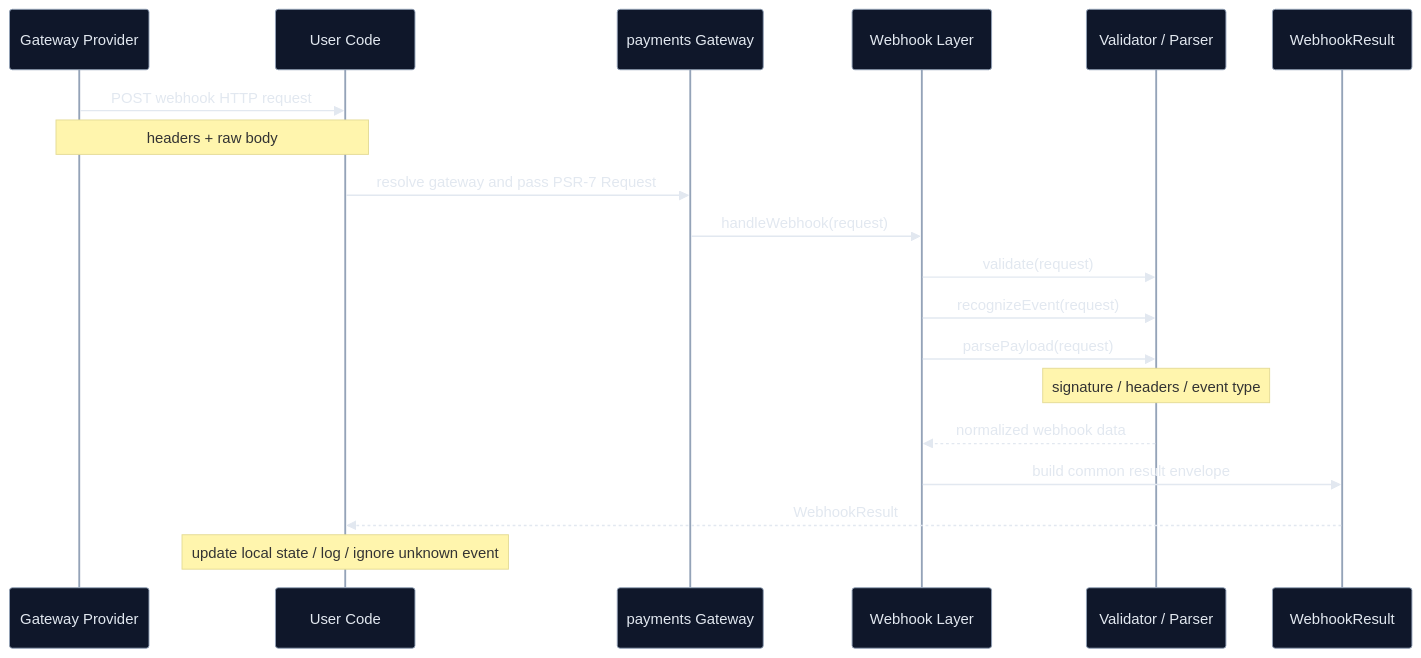
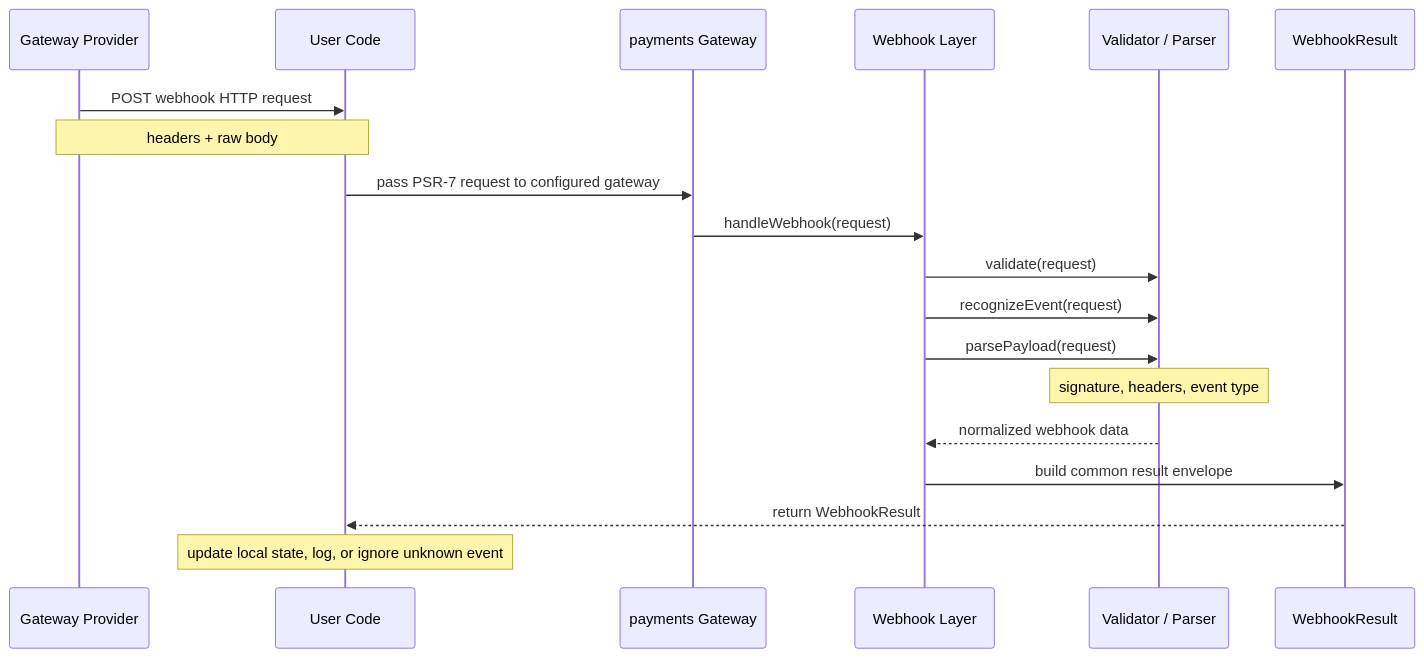
One commit to yiisoft/payments changed the second of 2 diagrams in README.md. Above: the diagram before and after it, drawn with Mermaid. The commit also changed other lines of this file, not shown here.

````diff
--- a/README.md
+++ b/README.md
@@ -749,34 +749,22 @@
 ```mermaid
-%%{init: {"theme":"base","themeVariables": {
-  "background":"transparent",
-  "fontFamily":"ui-sans-serif, system-ui, -apple-system, Segoe UI, Roboto, Arial, sans-serif",
-  "primaryColor":"#0f172a",
-  "primaryTextColor":"#e2e8f0",
-  "primaryBorderColor":"#94a3b8",
-  "lineColor":"#94a3b8",
-  "secondaryColor":"#052e16",
-  "tertiaryColor":"#1e293b",
-  "clusterBkg":"#0b1220",
-  "clusterBorder":"#334155"
-}}}%%
 sequenceDiagram
     participant GP as Gateway Provider
     participant UC as User Code
     participant PG as payments Gateway
     participant WL as Webhook Layer
     participant VP as Validator / Parser
     participant WR as WebhookResult
 
     GP->>UC: POST webhook HTTP request
     Note over GP,UC: headers + raw body
-    UC->>PG: resolve gateway and pass PSR-7 Request
+    UC->>PG: pass PSR-7 request to configured gateway
     PG->>WL: handleWebhook(request)
     WL->>VP: validate(request)
     WL->>VP: recognizeEvent(request)
     WL->>VP: parsePayload(request)
-    Note over VP: signature / headers / event type
+    Note over VP: signature, headers, event type
     VP-->>WL: normalized webhook data
     WL->>WR: build common result envelope
-    WR-->>UC: WebhookResult
-    Note over UC: update local state / log / ignore unknown event
+    WR-->>UC: return WebhookResult
+    Note over UC: update local state, log, or ignore unknown event
 ```
````
